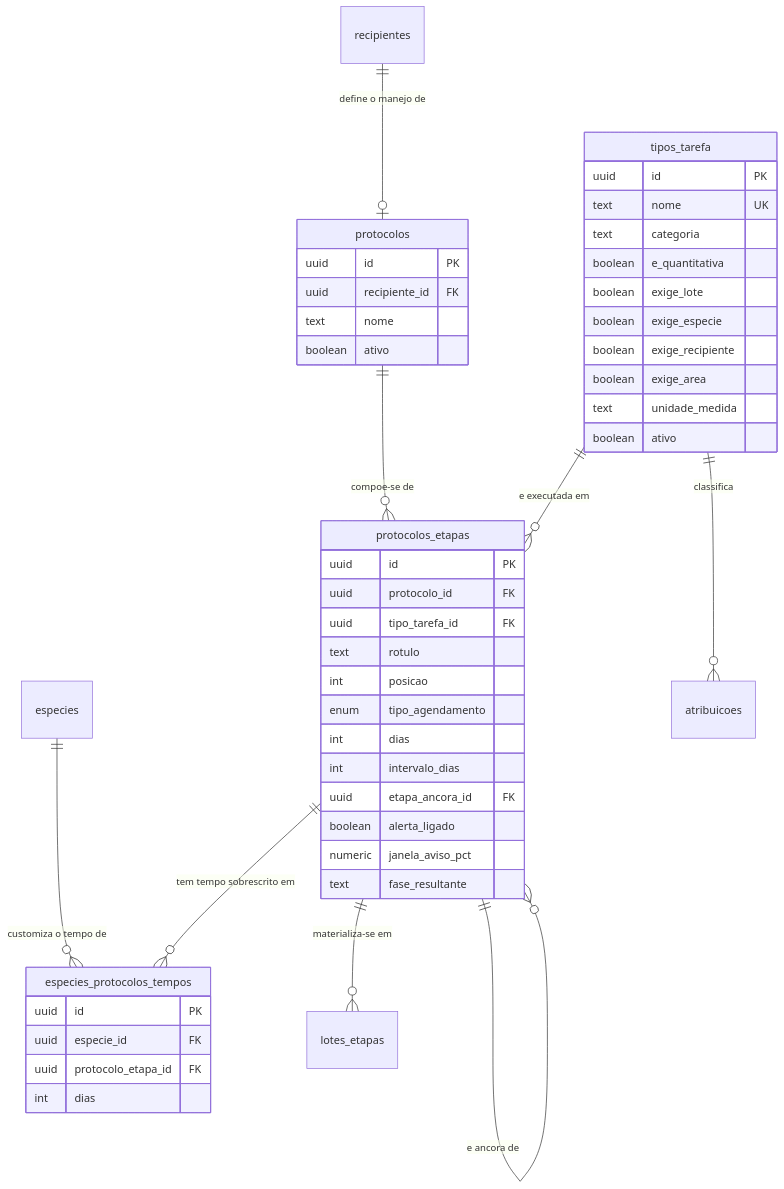
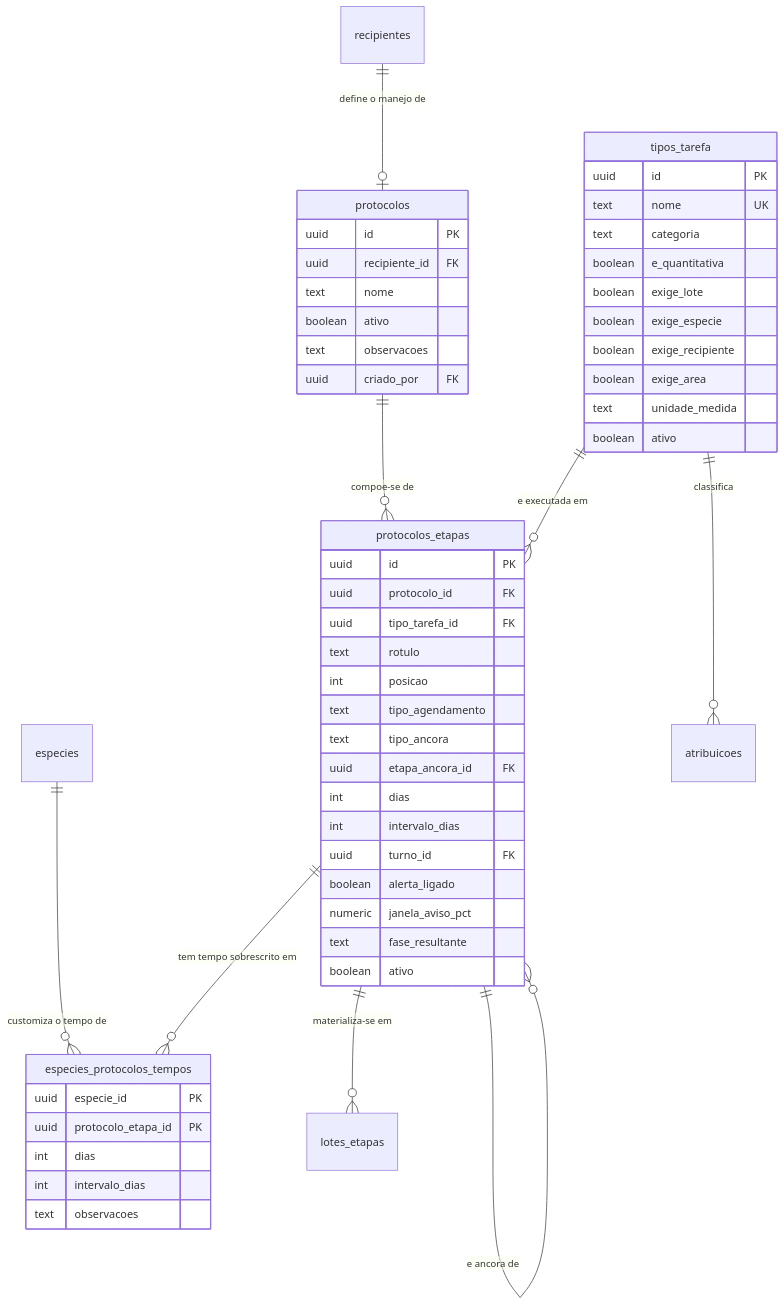
Before and after one commit to JoaoMudar/tcc: the diagram in docs/engenharia/modelo-dados-pt/mmd/fig13-cadastros-tarefa-protocolo.mmd, drawn with Mermaid. The commit also changed 18 other files, not shown here.

```diff
--- a/docs/engenharia/modelo-dados-pt/mmd/fig13-cadastros-tarefa-protocolo.mmd
+++ b/docs/engenharia/modelo-dados-pt/mmd/fig13-cadastros-tarefa-protocolo.mmd
@@ -1,52 +1,58 @@
 erDiagram
   tipos_tarefa {
     uuid    id PK
     text    nome UK
     text    categoria
     boolean e_quantitativa
     boolean exige_lote
     boolean exige_especie
     boolean exige_recipiente
     boolean exige_area
     text    unidade_medida
     boolean ativo
   }
   protocolos {
     uuid    id PK
     uuid    recipiente_id FK
     text    nome
     boolean ativo
+    text    observacoes
+    uuid    criado_por FK
   }
   protocolos_etapas {
     uuid    id PK
     uuid    protocolo_id FK
     uuid    tipo_tarefa_id FK
     text    rotulo
     int     posicao
-    enum    tipo_agendamento
+    text    tipo_agendamento
+    text    tipo_ancora
+    uuid    etapa_ancora_id FK
     int     dias
     int     intervalo_dias
-    uuid    etapa_ancora_id FK
+    uuid    turno_id FK
     boolean alerta_ligado
     numeric janela_aviso_pct
     text    fase_resultante
+    boolean ativo
   }
   especies_protocolos_tempos {
-    uuid id PK
-    uuid especie_id FK
-    uuid protocolo_etapa_id FK
+    uuid especie_id PK
+    uuid protocolo_etapa_id PK
     int  dias
+    int  intervalo_dias
+    text observacoes
   }
   recipientes {}
   especies {}
   atribuicoes {}
   lotes_etapas {}
 
   recipientes ||--o| protocolos        : "define o manejo de"
   protocolos  ||--o{ protocolos_etapas : "compoe-se de"
   protocolos_etapas ||--o{ protocolos_etapas : "e ancora de"
   tipos_tarefa ||--o{ protocolos_etapas : "e executada em"
   tipos_tarefa ||--o{ atribuicoes       : "classifica"
   especies    ||--o{ especies_protocolos_tempos : "customiza o tempo de"
   protocolos_etapas ||--o{ especies_protocolos_tempos : "tem tempo sobrescrito em"
   protocolos_etapas ||--o{ lotes_etapas : "materializa-se em"
```
